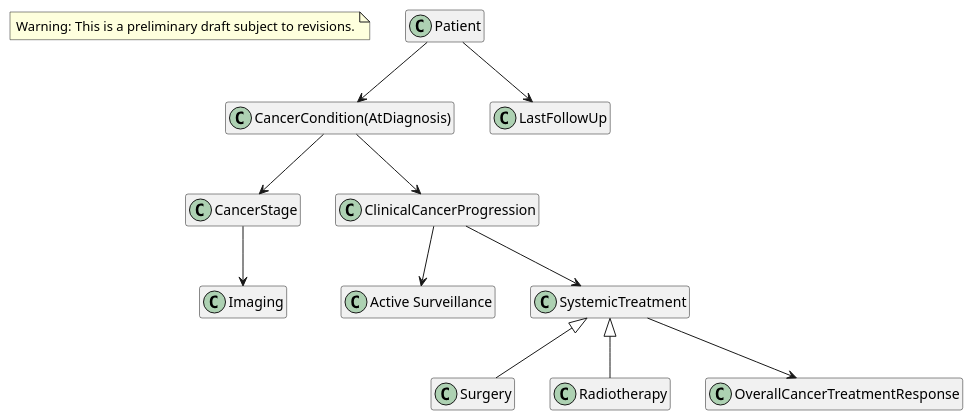
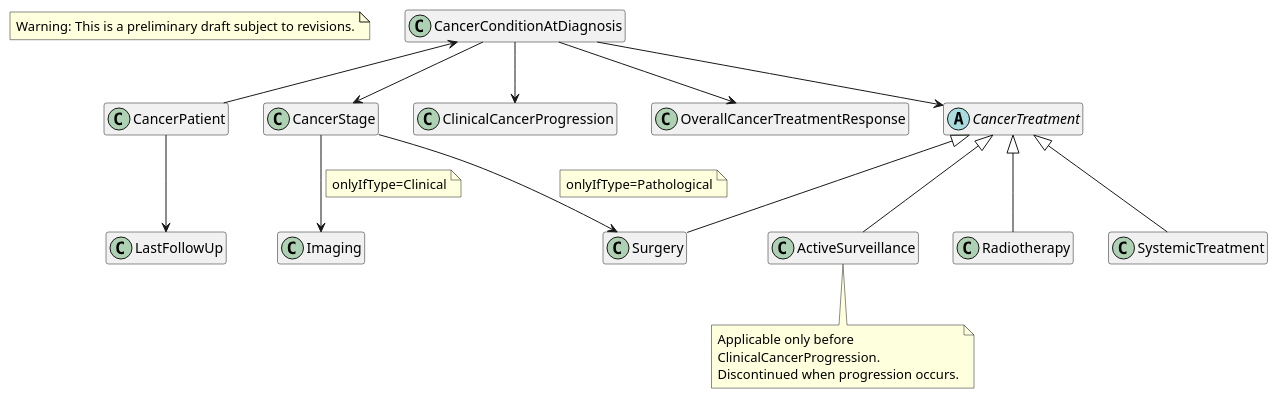
Before and after one commit to hl7-eu/cancer-common: the diagram in input/images-source/CancerLogicalModel_LM.plantuml, drawn with PlantUML. The commit also changed 1 other file, not shown here.

Commit message:
Logical Models Figure updates
Updates to the representation of entities and their relationships

```diff
--- a/input/images-source/CancerLogicalModel_LM.plantuml
+++ b/input/images-source/CancerLogicalModel_LM.plantuml
@@ -1,32 +1,47 @@
 @startuml
 hide empty members
 skinparam classAttributeIconSize 0
 
 ' Warning
 note "Warning: This is a preliminary draft subject to revisions." as DraftWarning
 
 ' Classes from Cancer_Common_Logical_Model_20260123_2.xlsx
-class "CancerCondition(AtDiagnosis)" as CancerConditionAtDiagnosis
-class Patient
+class CancerConditionAtDiagnosis
+class CancerPatient
 class CancerStage
 class Imaging
 class LastFollowUp
 class ClinicalCancerProgression
 class Surgery
-class "Active Surveillance" as ActiveSurveillance
+class ActiveSurveillance
 class Radiotherapy
 class SystemicTreatment
 class OverallCancerTreatmentResponse
+abstract class CancerTreatment
 
 ' Relationships derived from CancerLogicalModel_20251128-static.excalidraw
 CancerConditionAtDiagnosis --> CancerStage
+CancerStage --> Surgery
+note on link
+onlyIfType=Pathological
+end note
 CancerStage --> Imaging
-SystemicTreatment --> OverallCancerTreatmentResponse
+note on link
+onlyIfType=Clinical
+end note
+CancerConditionAtDiagnosis <-- CancerPatient
+CancerPatient --> LastFollowUp
+CancerConditionAtDiagnosis --> OverallCancerTreatmentResponse
 CancerConditionAtDiagnosis --> ClinicalCancerProgression
-Patient --> CancerConditionAtDiagnosis
-Patient --> LastFollowUp
-ClinicalCancerProgression --> SystemicTreatment
-ClinicalCancerProgression --> ActiveSurveillance
-SystemicTreatment <|-- Radiotherapy
-SystemicTreatment <|-- Surgery
+CancerConditionAtDiagnosis --> CancerTreatment
+CancerTreatment <|-- Radiotherapy
+CancerTreatment <|-- SystemicTreatment
+CancerTreatment <|-- Surgery
+CancerTreatment <|-- ActiveSurveillance
+note bottom of ActiveSurveillance
+Applicable only before 
+ClinicalCancerProgression.
+Discontinued when progression occurs.
+end note
+ 
 @enduml
```
